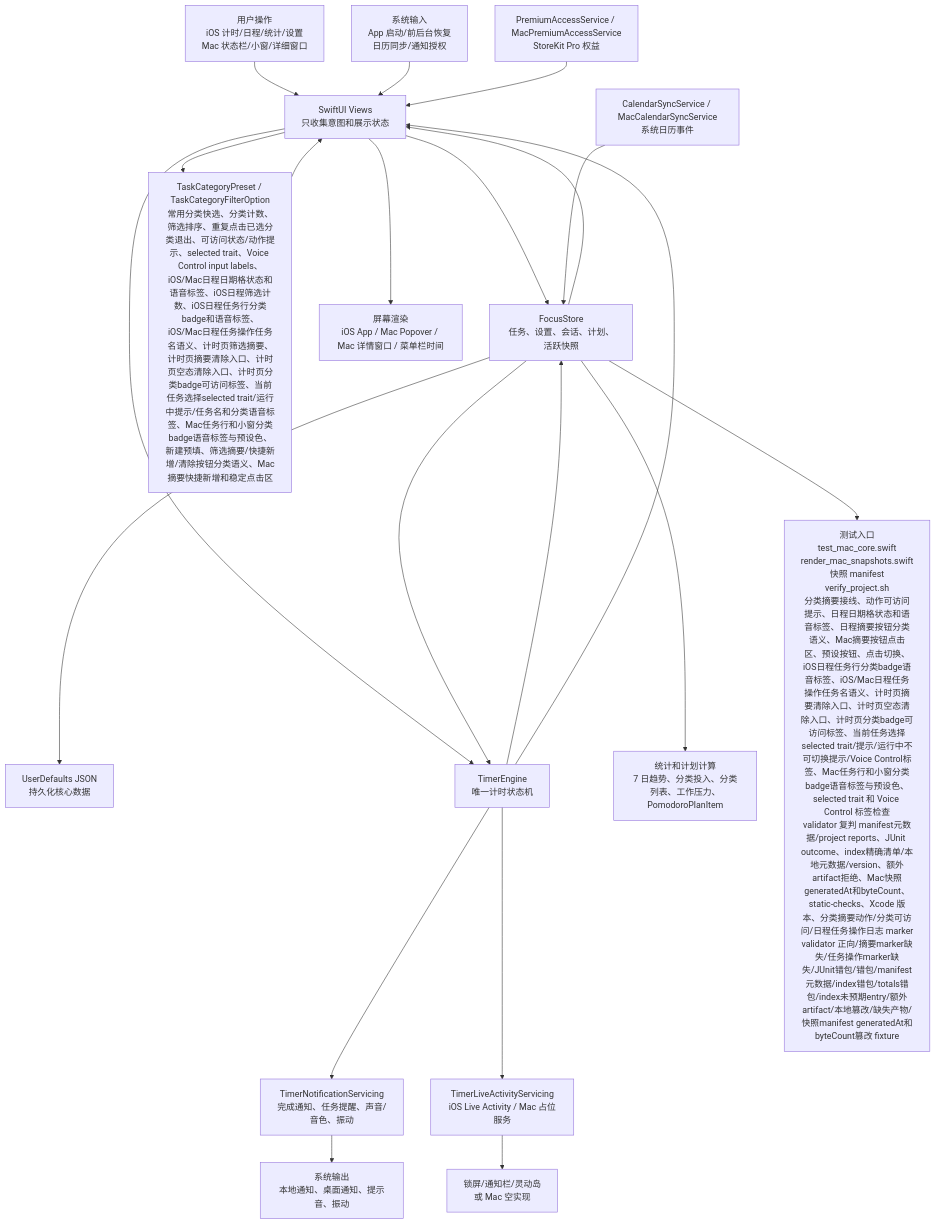
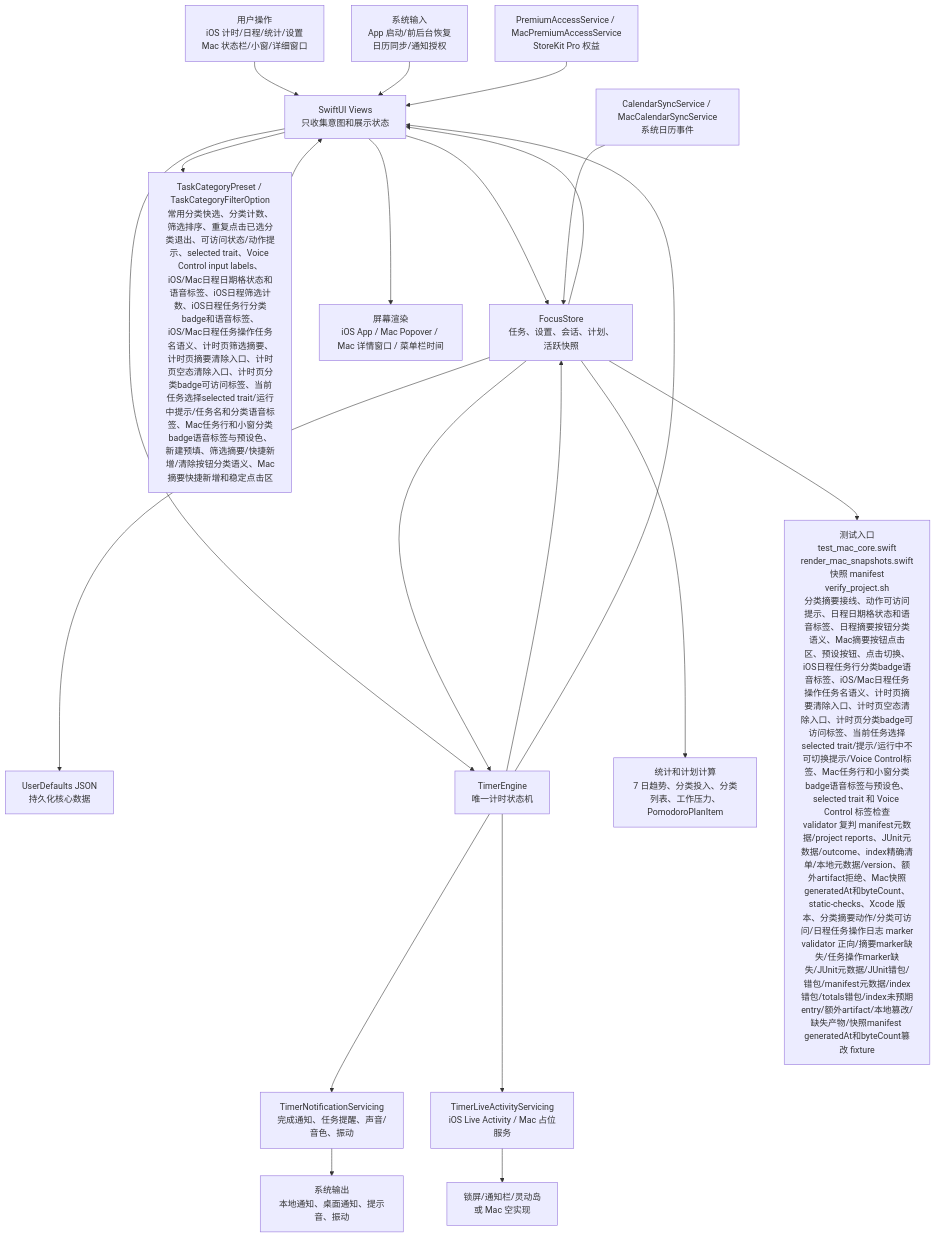
The first of 6 diagrams in md/flow/flowchart.md (Altman-sam114/114), drawn with Mermaid before and after one commit. The commit also changed other lines of this file and 7 other files, not shown here.

````diff
--- a/md/flow/flowchart.md
+++ b/md/flow/flowchart.md
@@ -9,23 +9,23 @@
 ```mermaid
 flowchart TD
   U["用户操作<br/>iOS 计时/日程/统计/设置<br/>Mac 状态栏/小窗/详细窗口"] --> V["SwiftUI Views<br/>只收集意图和展示状态"]
   SYS["系统输入<br/>App 启动/前后台恢复<br/>日历同步/通知授权"] --> V
   V --> S["FocusStore<br/>任务、设置、会话、计划、活跃快照"]
   V --> CAT["TaskCategoryPreset / TaskCategoryFilterOption<br/>常用分类快选、分类计数、筛选排序、重复点击已选分类退出、可访问状态/动作提示、selected trait、Voice Control input labels、iOS/Mac日程日期格状态和语音标签、iOS日程筛选计数、iOS日程任务行分类badge和语音标签、iOS/Mac日程任务操作任务名语义、计时页筛选摘要、计时页摘要清除入口、计时页空态清除入口、计时页分类badge可访问标签、当前任务选择selected trait/运行中提示/任务名和分类语音标签、Mac任务行和小窗分类badge语音标签与预设色、新建预填、筛选摘要/快捷新增/清除按钮分类语义、Mac摘要快捷新增和稳定点击区"]
   CAT --> V
   S --> P["UserDefaults JSON<br/>持久化核心数据"]
   V --> E["TimerEngine<br/>唯一计时状态机"]
   S --> E
   E --> S
   E --> N["TimerNotificationServicing<br/>完成通知、任务提醒、声音/音色、振动"]
   E --> L["TimerLiveActivityServicing<br/>iOS Live Activity / Mac 占位服务"]
   S --> C["统计和计划计算<br/>7 日趋势、分类投入、分类列表、工作压力、PomodoroPlanItem"]
   CAL["CalendarSyncService / MacCalendarSyncService<br/>系统日历事件"] --> S
   PRO["PremiumAccessService / MacPremiumAccessService<br/>StoreKit Pro 权益"] --> V
   S --> V
   E --> V
   V --> OUT["屏幕渲染<br/>iOS App / Mac Popover / Mac 详情窗口 / 菜单栏时间"]
   N --> OUT2["系统输出<br/>本地通知、桌面通知、提示音、振动"]
   L --> OUT3["锁屏/通知栏/灵动岛<br/>或 Mac 空实现"]
-  S --> T["测试入口<br/>test_mac_core.swift<br/>render_mac_snapshots.swift<br/>快照 manifest<br/>verify_project.sh<br/>分类摘要接线、动作可访问提示、日程日期格状态和语音标签、日程摘要按钮分类语义、Mac摘要按钮点击区、预设按钮、点击切换、iOS日程任务行分类badge语音标签、iOS/Mac日程任务操作任务名语义、计时页摘要清除入口、计时页空态清除入口、计时页分类badge可访问标签、当前任务选择selected trait/提示/运行中不可切换提示/Voice Control标签、Mac任务行和小窗分类badge语音标签与预设色、selected trait 和 Voice Control 标签检查<br/>validator 复判 manifest元数据/project reports、JUnit outcome、index精确清单/本地元数据/version、额外artifact拒绝、Mac快照generatedAt和byteCount、static-checks、Xcode 版本、分类摘要动作/分类可访问/日程任务操作日志 marker<br/>validator 正向/摘要marker缺失/任务操作marker缺失/JUnit错包/错包/manifest元数据/index错包/totals错包/index未预期entry/额外artifact/本地篡改/缺失产物/快照manifest generatedAt和byteCount篡改 fixture"]
+  S --> T["测试入口<br/>test_mac_core.swift<br/>render_mac_snapshots.swift<br/>快照 manifest<br/>verify_project.sh<br/>分类摘要接线、动作可访问提示、日程日期格状态和语音标签、日程摘要按钮分类语义、Mac摘要按钮点击区、预设按钮、点击切换、iOS日程任务行分类badge语音标签、iOS/Mac日程任务操作任务名语义、计时页摘要清除入口、计时页空态清除入口、计时页分类badge可访问标签、当前任务选择selected trait/提示/运行中不可切换提示/Voice Control标签、Mac任务行和小窗分类badge语音标签与预设色、selected trait 和 Voice Control 标签检查<br/>validator 复判 manifest元数据/project reports、JUnit元数据/outcome、index精确清单/本地元数据/version、额外artifact拒绝、Mac快照generatedAt和byteCount、static-checks、Xcode 版本、分类摘要动作/分类可访问/日程任务操作日志 marker<br/>validator 正向/摘要marker缺失/任务操作marker缺失/JUnit元数据/JUnit错包/错包/manifest元数据/index错包/totals错包/index未预期entry/额外artifact/本地篡改/缺失产物/快照manifest generatedAt和byteCount篡改 fixture"]
 ```
````
